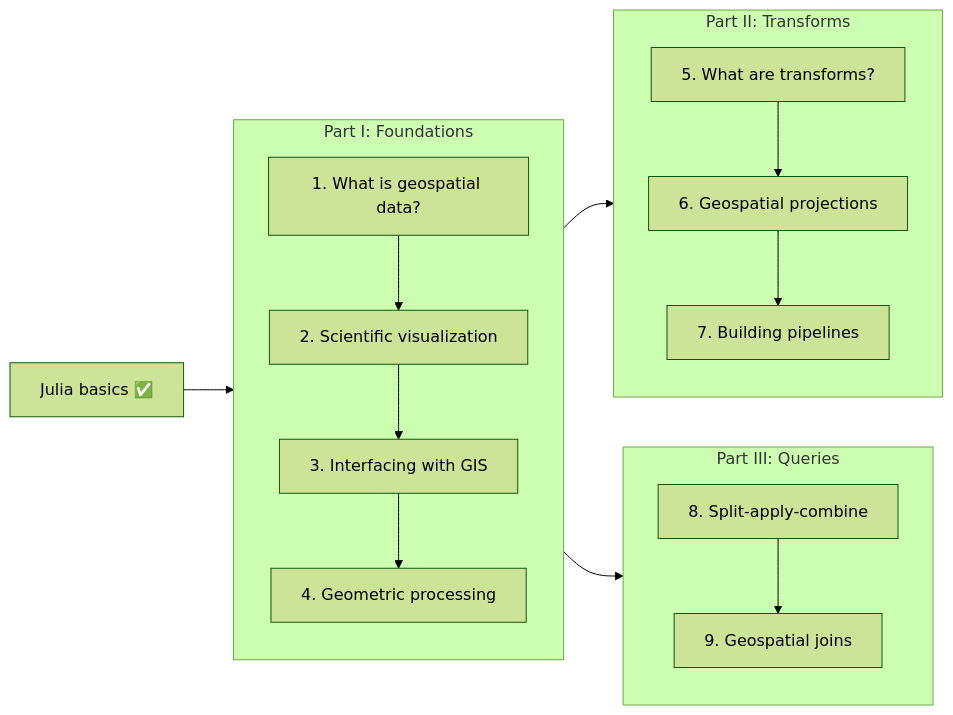
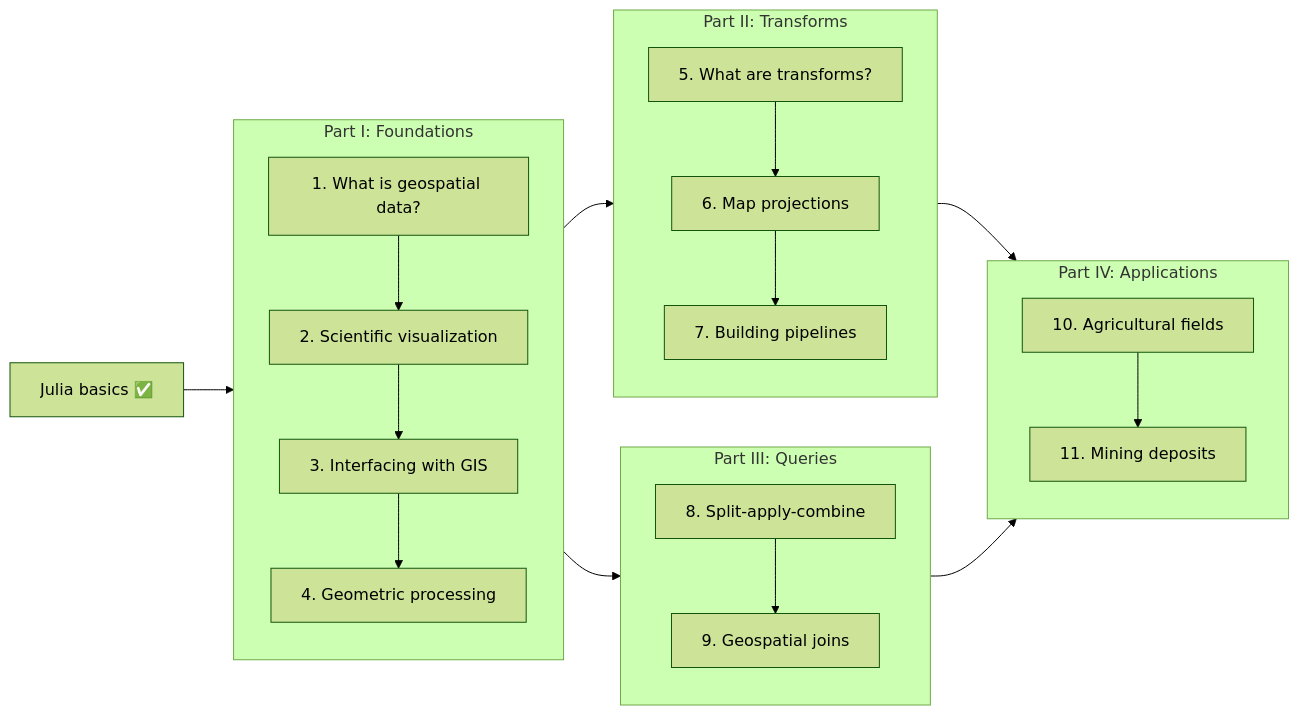
One commit to JuliaEarth/geospatial-data-science-with-julia changed the diagram in preface.qmd. Above: the diagram before and after it, drawn with Mermaid (forest theme). The commit also changed 2 other files, not shown here.

Commit message:
Update first pages

````diff
--- a/preface.qmd
+++ b/preface.qmd
@@ -51,27 +51,34 @@
 ```{mermaid}
 flowchart LR
   preread["Julia basics ✅"] --> partI
   subgraph partI["Part I: Foundations"]
     chapter1["1. What is geospatial data?"]
     chapter2["2. Scientific visualization"]
     chapter3["3. Interfacing with GIS"]
     chapter4["4. Geometric processing"]
     chapter1 --> chapter2
     chapter2 --> chapter3
     chapter3 --> chapter4
   end
   subgraph partII["Part II: Transforms"]
     chapter5["5. What are transforms?"]
-    chapter6["6. Geospatial projections"]
+    chapter6["6. Map projections"]
     chapter7["7. Building pipelines"]
     chapter5 --> chapter6
     chapter6 --> chapter7
   end
   subgraph partIII["Part III: Queries"]
     chapter8["8. Split-apply-combine"]
     chapter9["9. Geospatial joins"]
     chapter8 --> chapter9
   end
+  subgraph partIV["Part IV: Applications"]
+    chapter10["10. Agricultural fields"]
+    chapter11["11. Mining deposits"]
+    chapter10 --> chapter11
+  end
   partI --> partII
   partI --> partIII
+  partII --> partIV
+  partIII --> partIV
 ```
````
